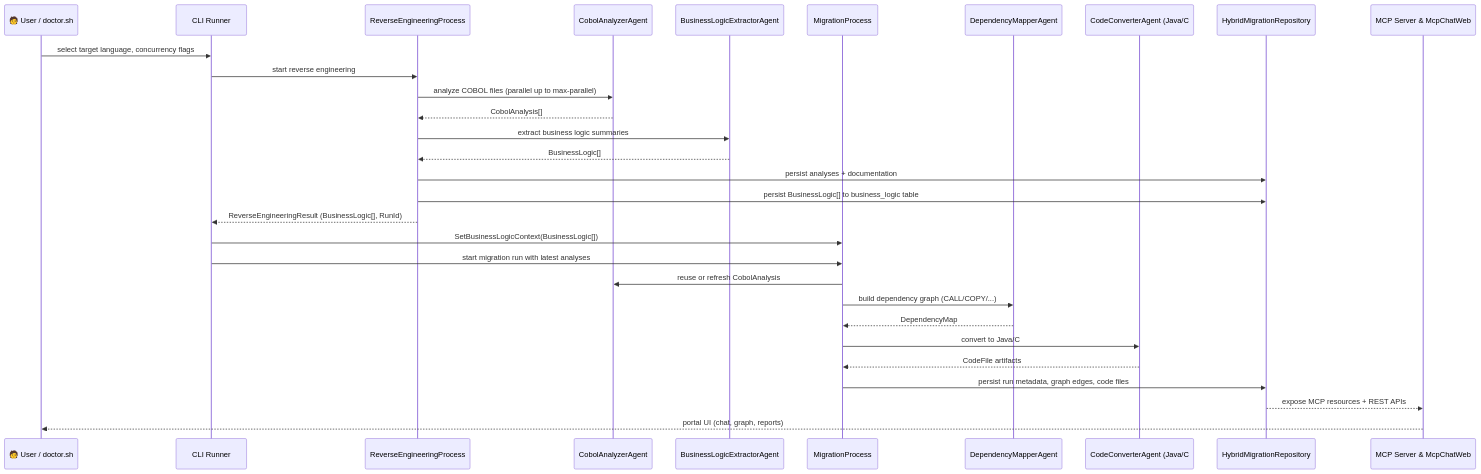
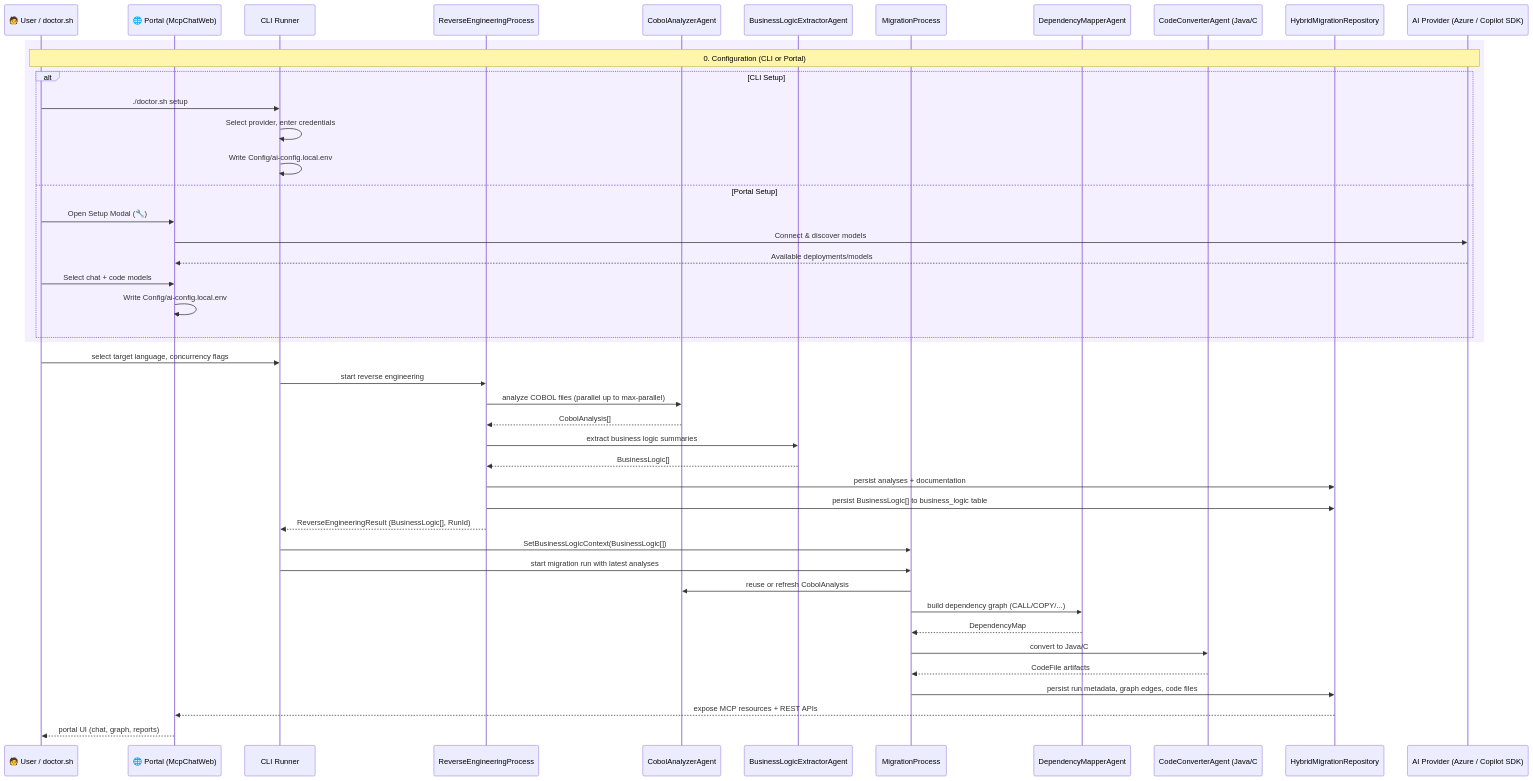
One commit to Azure-Samples/Legacy-Modernization-Agents changed the fifth of 6 diagrams in README.md. Above: the diagram before and after it, drawn with Mermaid. The commit also changed other lines of this file and 29 other files, not shown here.

First line of the commit message:
feat: portal-based AI provider setup with model discovery

````diff
--- a/README.md
+++ b/README.md
@@ -789,33 +807,49 @@
 ```mermaid
 sequenceDiagram
   participant User as 🧑 User / doctor.sh
+  participant Portal as 🌐 Portal (McpChatWeb)
   participant CLI as CLI Runner
   participant RE as ReverseEngineeringProcess
   participant Analyzer as CobolAnalyzerAgent
   participant BizLogic as BusinessLogicExtractorAgent
   participant Migration as MigrationProcess
   participant DepMap as DependencyMapperAgent
   participant Converter as CodeConverterAgent (Java/C#)
   participant Repo as HybridMigrationRepository
-  participant Portal as MCP Server & McpChatWeb
+  participant AI as AI Provider (Azure / Copilot SDK)
+
+  rect rgb(245, 240, 255)
+      Note over User, AI: 0. Configuration (CLI or Portal)
+      alt CLI Setup
+          User->>CLI: ./doctor.sh setup
+          CLI->>CLI: Select provider, enter credentials
+          CLI->>CLI: Write Config/ai-config.local.env
+      else Portal Setup
+          User->>Portal: Open Setup Modal (🔧)
+          Portal->>AI: Connect & discover models
+          AI-->>Portal: Available deployments/models
+          User->>Portal: Select chat + code models
+          Portal->>Portal: Write Config/ai-config.local.env
+      end
+  end
 
   User->>CLI: select target language, concurrency flags
   CLI->>RE: start reverse engineering
   RE->>Analyzer: analyze COBOL files (parallel up to max-parallel)
   Analyzer-->>RE: CobolAnalysis[]
   RE->>BizLogic: extract business logic summaries
   BizLogic-->>RE: BusinessLogic[]
   RE->>Repo: persist analyses + documentation
   RE->>Repo: persist BusinessLogic[] to business_logic table
   RE-->>CLI: ReverseEngineeringResult (BusinessLogic[], RunId)
   CLI->>Migration: SetBusinessLogicContext(BusinessLogic[])
   CLI->>Migration: start migration run with latest analyses
   Migration->>Analyzer: reuse or refresh CobolAnalysis
   Migration->>DepMap: build dependency graph (CALL/COPY/...)
   DepMap-->>Migration: DependencyMap
   Migration->>Converter: convert to Java/C# with business logic context
   Converter-->>Migration: CodeFile artifacts
   Migration->>Repo: persist run metadata, graph edges, code files
   Repo-->>Portal: expose MCP resources + REST APIs
   Portal-->>User: portal UI (chat, graph, reports)
 ```
````
